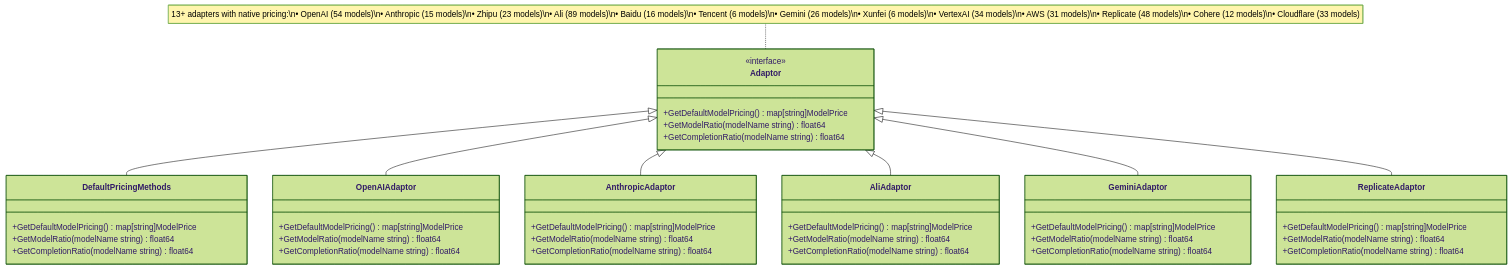
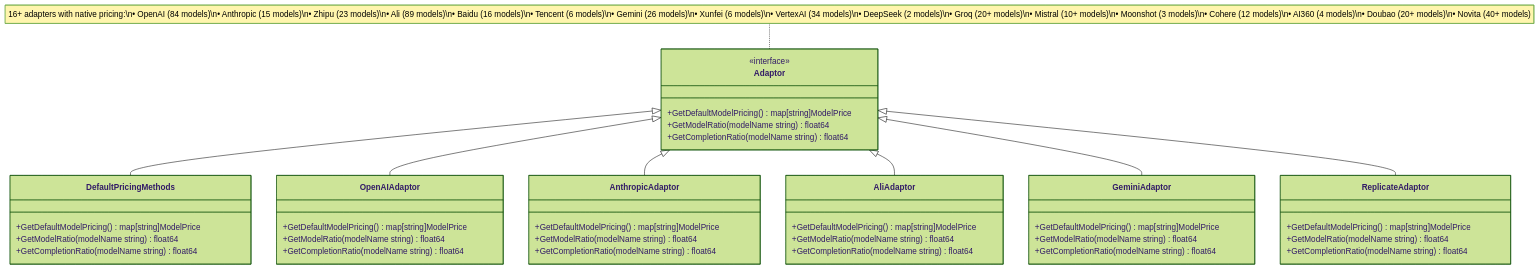
The fourth of 9 diagrams in docs/arch/billing.md (maru7777/one-api), drawn with Mermaid (forest theme) before and after one commit. The commit also changed other lines of this file and 1 other file, not shown here.

Commit message:
test: enhance pricing models for Ali and Gemini adapters with updated ratios

````diff
--- a/docs/arch/billing.md
+++ b/docs/arch/billing.md
@@ -271,54 +274,54 @@
 ```mermaid
 classDiagram
     class Adaptor {
         <<interface>>
         +GetDefaultModelPricing() map[string]ModelPrice
         +GetModelRatio(modelName string) float64
         +GetCompletionRatio(modelName string) float64
     }
 
     class DefaultPricingMethods {
         +GetDefaultModelPricing() map[string]ModelPrice
         +GetModelRatio(modelName string) float64
         +GetCompletionRatio(modelName string) float64
     }
 
     class OpenAIAdaptor {
         +GetDefaultModelPricing() map[string]ModelPrice
         +GetModelRatio(modelName string) float64
         +GetCompletionRatio(modelName string) float64
     }
 
     class AnthropicAdaptor {
         +GetDefaultModelPricing() map[string]ModelPrice
         +GetModelRatio(modelName string) float64
         +GetCompletionRatio(modelName string) float64
     }
 
     class AliAdaptor {
         +GetDefaultModelPricing() map[string]ModelPrice
         +GetModelRatio(modelName string) float64
         +GetCompletionRatio(modelName string) float64
     }
 
     class GeminiAdaptor {
         +GetDefaultModelPricing() map[string]ModelPrice
         +GetModelRatio(modelName string) float64
         +GetCompletionRatio(modelName string) float64
     }
 
     class ReplicateAdaptor {
         +GetDefaultModelPricing() map[string]ModelPrice
         +GetModelRatio(modelName string) float64
         +GetCompletionRatio(modelName string) float64
     }
 
     Adaptor <|-- DefaultPricingMethods
     Adaptor <|-- OpenAIAdaptor
     Adaptor <|-- AnthropicAdaptor
     Adaptor <|-- AliAdaptor
     Adaptor <|-- GeminiAdaptor
     Adaptor <|-- ReplicateAdaptor
 
-    note for Adaptor "13+ adapters with native pricing:\n• OpenAI (54 models)\n• Anthropic (15 models)\n• Zhipu (23 models)\n• Ali (89 models)\n• Baidu (16 models)\n• Tencent (6 models)\n• Gemini (26 models)\n• Xunfei (6 models)\n• VertexAI (34 models)\n• AWS (31 models)\n• Replicate (48 models)\n• Cohere (12 models)\n• Cloudflare (33 models)"
+    note for Adaptor "16+ adapters with native pricing:\n• OpenAI (84 models)\n• Anthropic (15 models)\n• Zhipu (23 models)\n• Ali (89 models)\n• Baidu (16 models)\n• Tencent (6 models)\n• Gemini (26 models)\n• Xunfei (6 models)\n• VertexAI (34 models)\n• DeepSeek (2 models)\n• Groq (20+ models)\n• Mistral (10+ models)\n• Moonshot (3 models)\n• Cohere (12 models)\n• AI360 (4 models)\n• Doubao (20+ models)\n• Novita (40+ models)"
 ```
````
